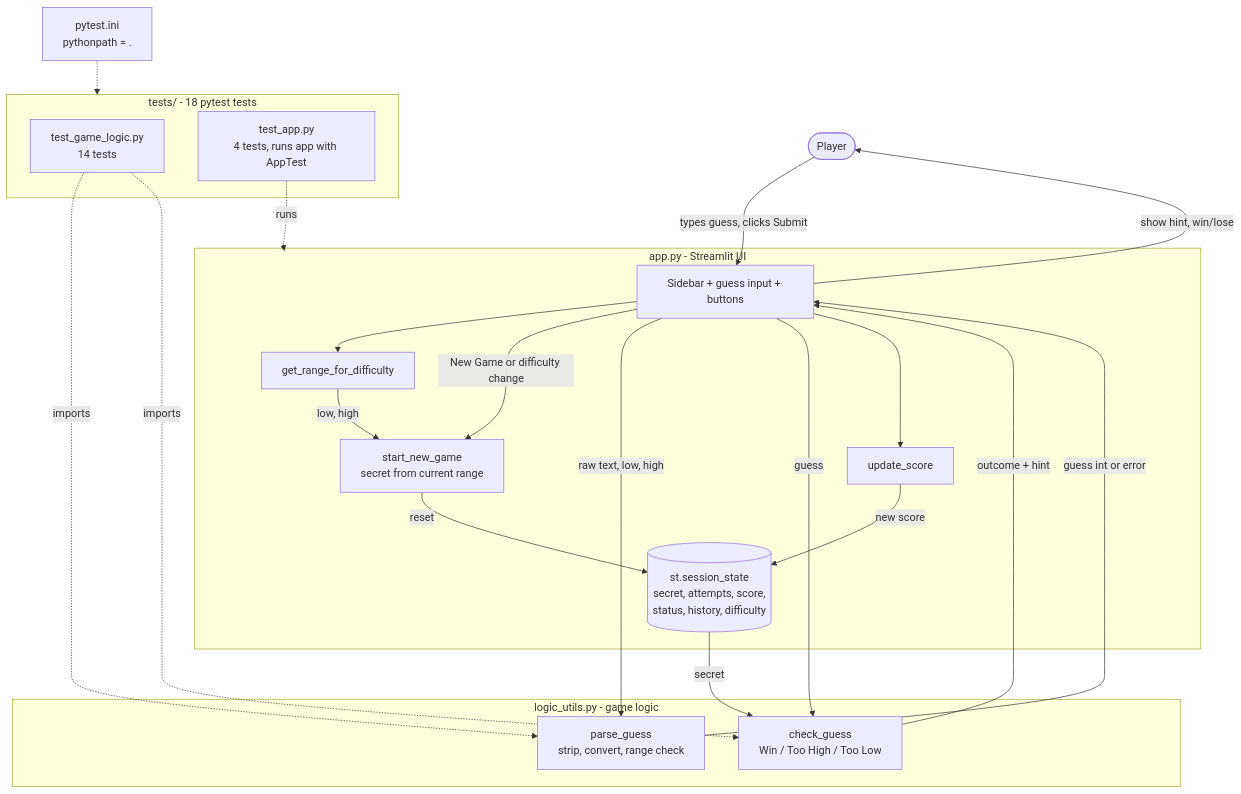
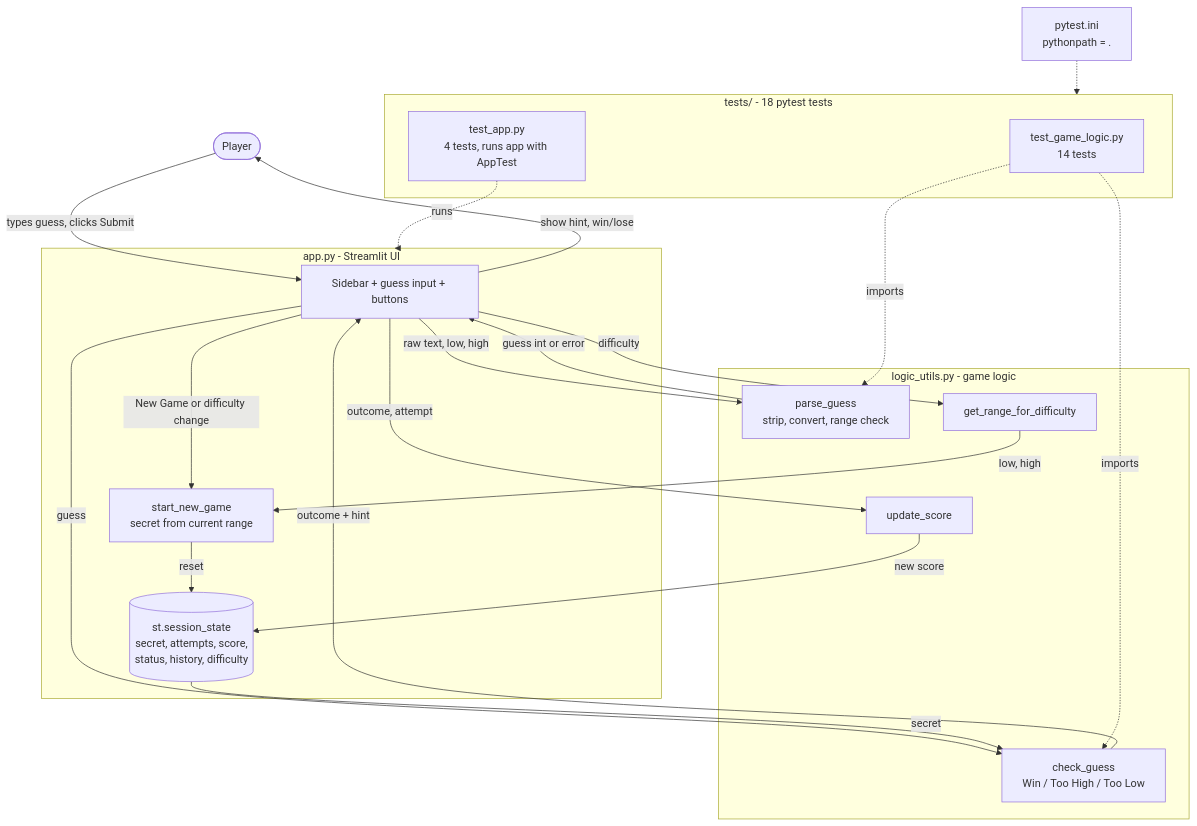
Before and after one commit to shishirbishwokarma/ai110-module1show-gameglitchinvestigator-starter: the diagram in architecture.mmd, drawn with Mermaid. The commit also changed 1 other file, not shown here.

Commit message:
docs: show range and score functions in logic_utils on diagram

```diff
--- a/architecture.mmd
+++ b/architecture.mmd
@@ -1,37 +1,37 @@
 flowchart TD
     User([Player]) -->|types guess, clicks Submit| UI
 
     subgraph App ["app.py - Streamlit UI"]
         UI[Sidebar + guess input + buttons]
         State[("st.session_state<br/>secret, attempts, score,<br/>status, history, difficulty")]
-        Range[get_range_for_difficulty]
         NewGame["start_new_game<br/>secret from current range"]
-        Score[update_score]
     end
 
     subgraph Logic ["logic_utils.py - game logic"]
         Parse["parse_guess<br/>strip, convert, range check"]
         Check["check_guess<br/>Win / Too High / Too Low"]
+        Range[get_range_for_difficulty]
+        Score[update_score]
     end
 
-    UI --> Range
+    UI -->|difficulty| Range
     Range -->|low, high| NewGame
     UI -->|New Game or difficulty change| NewGame
     NewGame -->|reset| State
     UI -->|raw text, low, high| Parse
     Parse -->|guess int or error| UI
     UI -->|guess| Check
     State -->|secret| Check
     Check -->|outcome + hint| UI
-    UI --> Score
+    UI -->|outcome, attempt| Score
     Score -->|new score| State
     UI -->|show hint, win/lose| User
 
     subgraph Tests ["tests/ - 18 pytest tests"]
         TL["test_game_logic.py<br/>14 tests"]
         TA["test_app.py<br/>4 tests, runs app with AppTest"]
     end
     TL -.->|imports| Parse
     TL -.->|imports| Check
     TA -.->|runs| App
     Ini["pytest.ini<br/>pythonpath = ."] -.-> Tests
```
